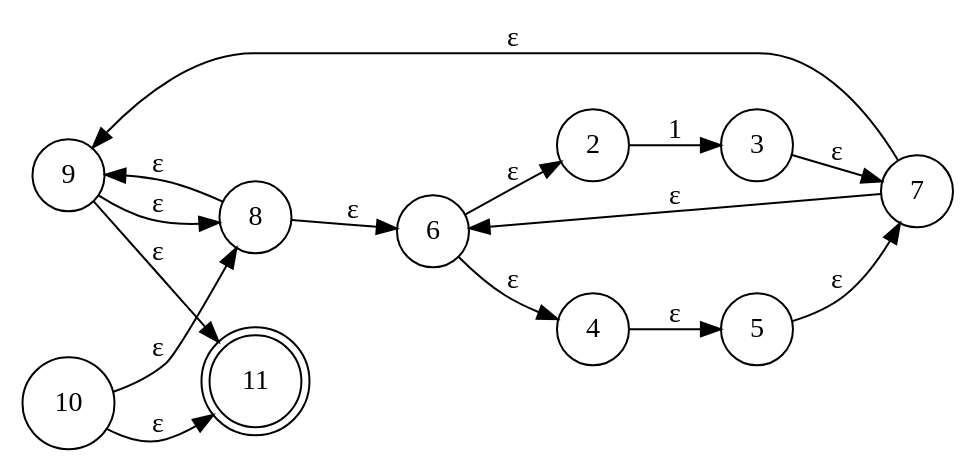
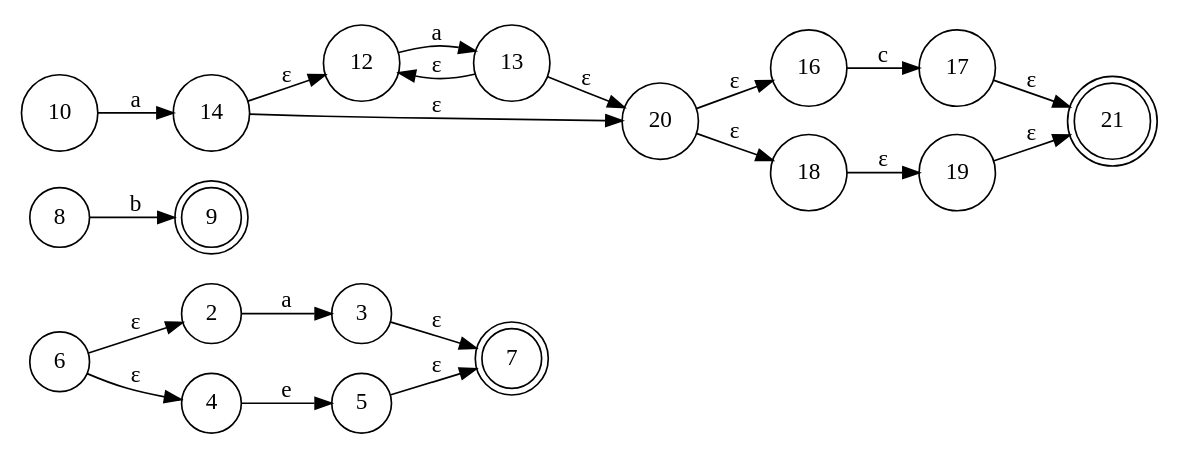
One commit to MaaarcosG/Automatas changed the diagram in Graph/Thompson.gv. Above: the diagram before and after it, drawn with Graphviz. The commit also changed 4 other files, not shown here.

```diff
--- a/Graph/Thompson.gv
+++ b/Graph/Thompson.gv
@@ -1,20 +1,27 @@
 digraph Automata {
 	rankdir=LR size="8,5"
 	node [shape=doublecircle]
-	11
+	7
+	9
+	21
 	node [shape=circle]
-	2 -> 3 [label=1]
+	2 -> 3 [label=a]
 	3 -> 7 [label="ε"]
-	4 -> 5 [label="ε"]
+	4 -> 5 [label=e]
 	5 -> 7 [label="ε"]
 	6 -> 2 [label="ε"]
 	6 -> 4 [label="ε"]
-	7 -> 6 [label="ε"]
-	7 -> 9 [label="ε"]
-	8 -> 6 [label="ε"]
-	8 -> 9 [label="ε"]
-	9 -> 8 [label="ε"]
-	9 -> 11 [label="ε"]
-	10 -> 8 [label="ε"]
-	10 -> 11 [label="ε"]
+	8 -> 9 [label=b]
+	10 -> 14 [label=a]
+	12 -> 13 [label=a]
+	13 -> 12 [label="ε"]
+	13 -> 20 [label="ε"]
+	14 -> 12 [label="ε"]
+	14 -> 20 [label="ε"]
+	16 -> 17 [label=c]
+	17 -> 21 [label="ε"]
+	18 -> 19 [label="ε"]
+	19 -> 21 [label="ε"]
+	20 -> 16 [label="ε"]
+	20 -> 18 [label="ε"]
 }
```
